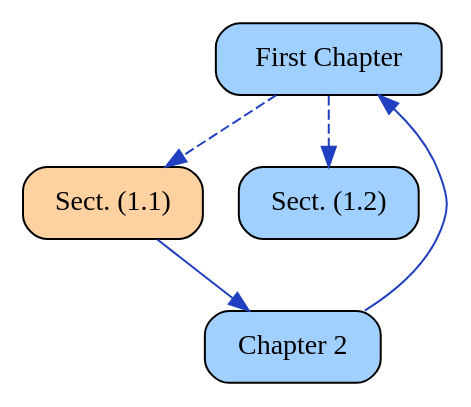
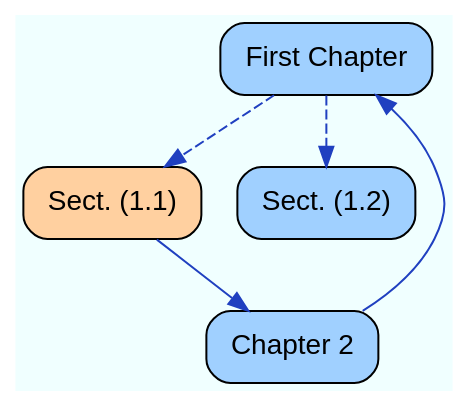
The diagram in examples/dotex-example.gv (mastersign/mdgraphextract), drawn with Graphviz before and after one commit. The commit also changed 3 other files, not shown here.

```diff
--- a/examples/dotex-example.gv
+++ b/examples/dotex-example.gv
@@ -1,11 +1,11 @@
 digraph "MyGraph" {
-	fontname=Helvetica;
-	"First Chapter" [fillcolor="#A0D0FF" shape=rect style="filled, rounded" URL="#first-chapter"];
+	bgcolor=azure;
+	"First Chapter" [fillcolor="#A0D0FF" fontname=Helvetica shape=rect style="filled, rounded" URL="#first-chapter"];
 	"First Chapter" -> "Section 1.1" [color="#2040C0" style=dashed];
 	"First Chapter" -> "Section 1.2" [color="#2040C0" style=dashed];
-	"Section 1.1" [fillcolor="#FFD0A0" label="Sect. (1.1)" shape=rect style="filled, rounded" URL="#section-1.1"];
+	"Section 1.1" [fillcolor="#FFD0A0" fontname=Helvetica label="Sect. (1.1)" shape=rect style="filled, rounded" URL="#section-1.1"];
 	"Section 1.1" -> "Second Chapter" [color="#2040C0"];
-	"Section 1.2" [fillcolor="#A0D0FF" label="Sect. (1.2)" shape=rect style="filled, rounded" URL="#section-1.2"];
-	"Second Chapter" [fillcolor="#A0D0FF" label="Chapter 2" shape=rect style="filled, rounded"];
+	"Section 1.2" [fillcolor="#A0D0FF" fontname=Helvetica label="Sect. (1.2)" shape=rect style="filled, rounded" URL="#section-1.2"];
+	"Second Chapter" [fillcolor="#A0D0FF" fontname=Helvetica label="Chapter 2" shape=rect style="filled, rounded"];
 	"Second Chapter" -> "First Chapter" [color="#2040C0"];
 }
```
